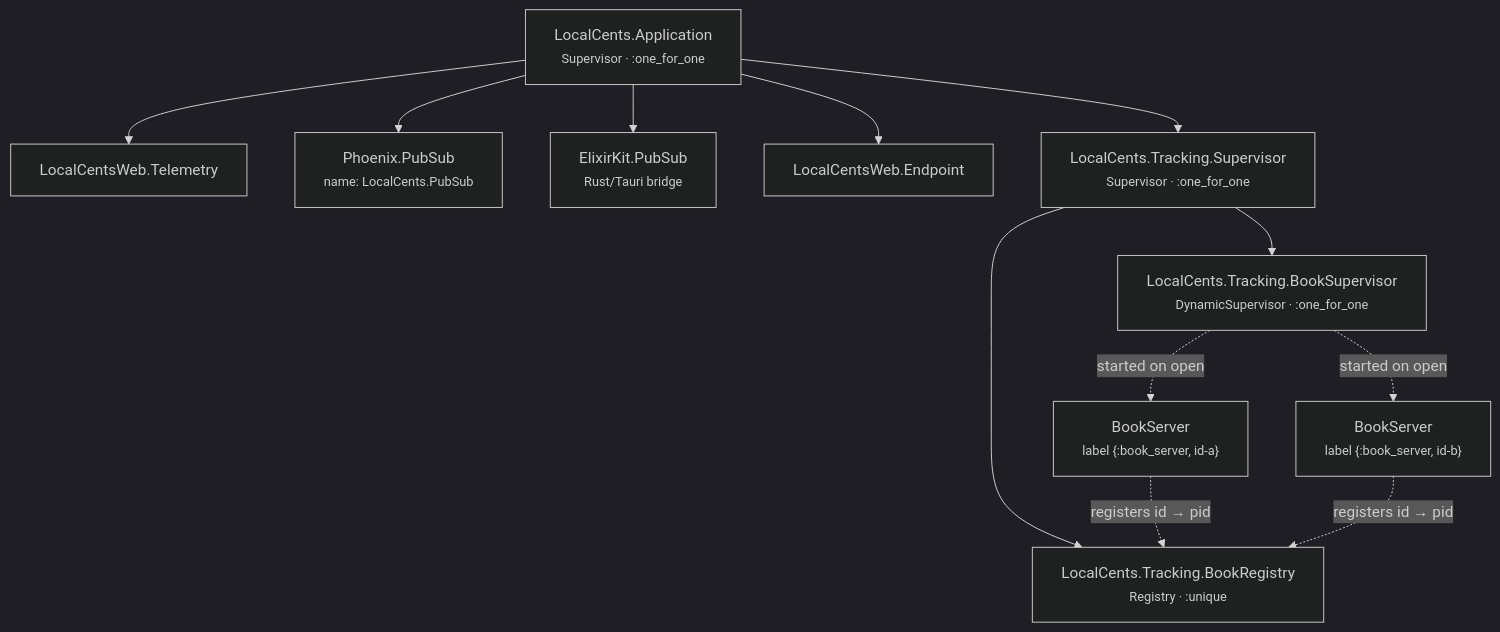
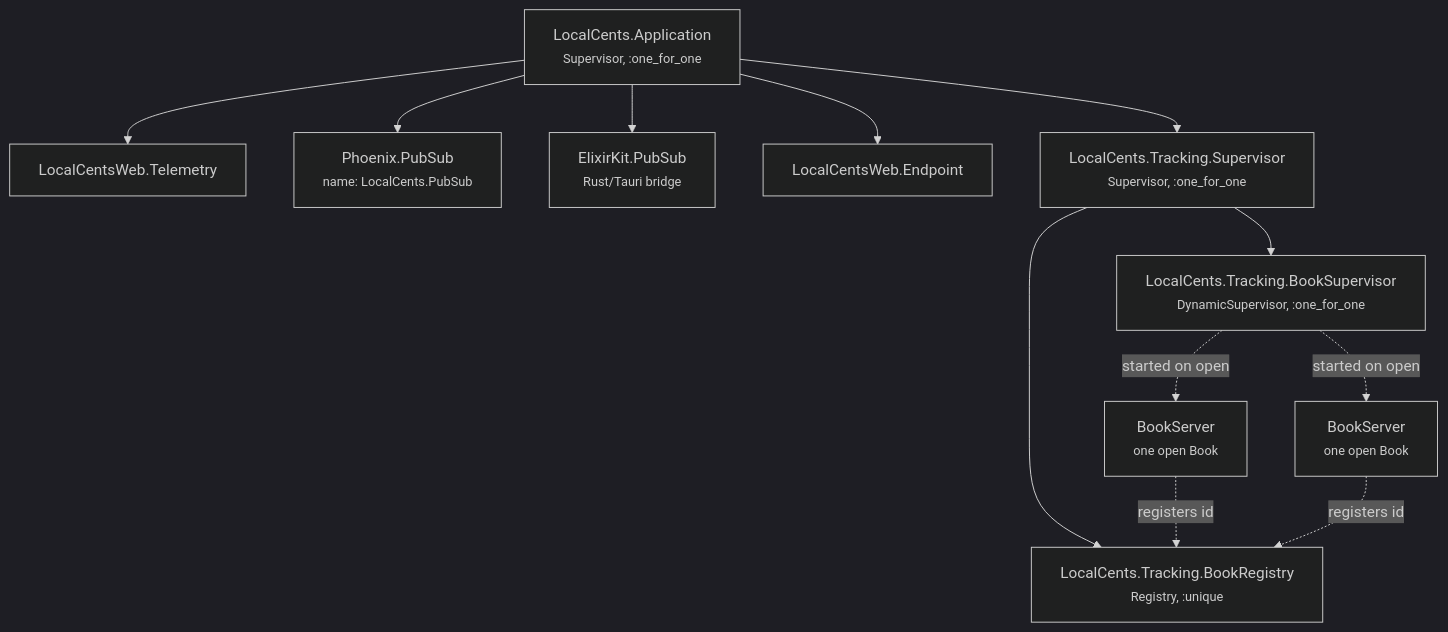
Before and after one commit to zorn/local_cents: the first of 5 diagrams in docs/book-runtime-architecture.md, drawn with Mermaid (dark theme). The commit also changed other lines of this file, not shown here.

First line of the commit message:
docs: fix mermaid syntax in book runtime architecture page

````diff
--- a/docs/book-runtime-architecture.md
+++ b/docs/book-runtime-architecture.md
@@ -28,31 +28,31 @@
 ```mermaid
 graph TD
-    App["LocalCents.Application<br/><small>Supervisor · :one_for_one</small>"]
+    App["LocalCents.Application<br/><small>Supervisor, :one_for_one</small>"]
 
     Tel["LocalCentsWeb.Telemetry"]
     PS["Phoenix.PubSub<br/><small>name: LocalCents.PubSub</small>"]
     EK["ElixirKit.PubSub<br/><small>Rust/Tauri bridge</small>"]
     EP["LocalCentsWeb.Endpoint"]
 
-    TS["LocalCents.Tracking.Supervisor<br/><small>Supervisor · :one_for_one</small>"]
-    Reg["LocalCents.Tracking.BookRegistry<br/><small>Registry · :unique</small>"]
-    DS["LocalCents.Tracking.BookSupervisor<br/><small>DynamicSupervisor · :one_for_one</small>"]
+    TS["LocalCents.Tracking.Supervisor<br/><small>Supervisor, :one_for_one</small>"]
+    Reg["LocalCents.Tracking.BookRegistry<br/><small>Registry, :unique</small>"]
+    DS["LocalCents.Tracking.BookSupervisor<br/><small>DynamicSupervisor, :one_for_one</small>"]
 
-    BS1["BookServer<br/><small>label {:book_server, id-a}</small>"]
-    BS2["BookServer<br/><small>label {:book_server, id-b}</small>"]
+    BS1["BookServer<br/><small>one open Book</small>"]
+    BS2["BookServer<br/><small>one open Book</small>"]
 
     App --> Tel
     App --> PS
     App --> TS
     App --> EK
     App --> EP
 
     TS --> Reg
     TS --> DS
 
-    DS -. started on open .-> BS1
-    DS -. started on open .-> BS2
+    DS -.->|started on open| BS1
+    DS -.->|started on open| BS2
 
-    BS1 -. registers id → pid .-> Reg
-    BS2 -. registers id → pid .-> Reg
+    BS1 -.->|registers id| Reg
+    BS2 -.->|registers id| Reg
 ```
````
